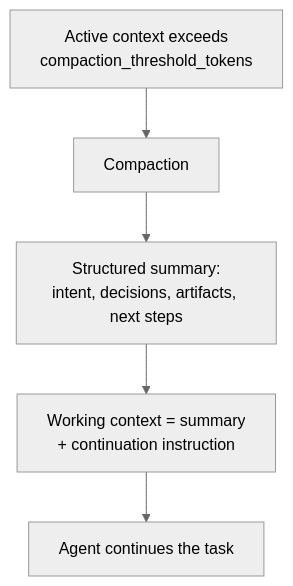
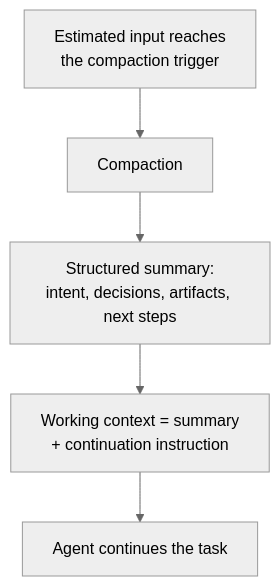
One commit to Aman-goel-04/trueforge changed the second of 2 diagrams in docs/key-features/overview.mdx. Above: the diagram before and after it, drawn with Mermaid (neutral theme). The commit also changed other lines of this file and 27 other files, not shown here.

````diff
--- a/docs/key-features/overview.mdx
+++ b/docs/key-features/overview.mdx
@@ -154,7 +154,7 @@
 ```mermaid
 flowchart TD
-    Trigger[Active context exceeds<br/>compaction_threshold_tokens] --> Compact[Compaction]
+    Trigger[Estimated input reaches<br/>the compaction trigger] --> Compact[Compaction]
     Compact --> Summary[Structured summary:<br/>intent, decisions, artifacts, next steps]
     Summary --> Working[Working context = summary<br/>+ continuation instruction]
     Working --> Next[Agent continues the task]
 ```
````
